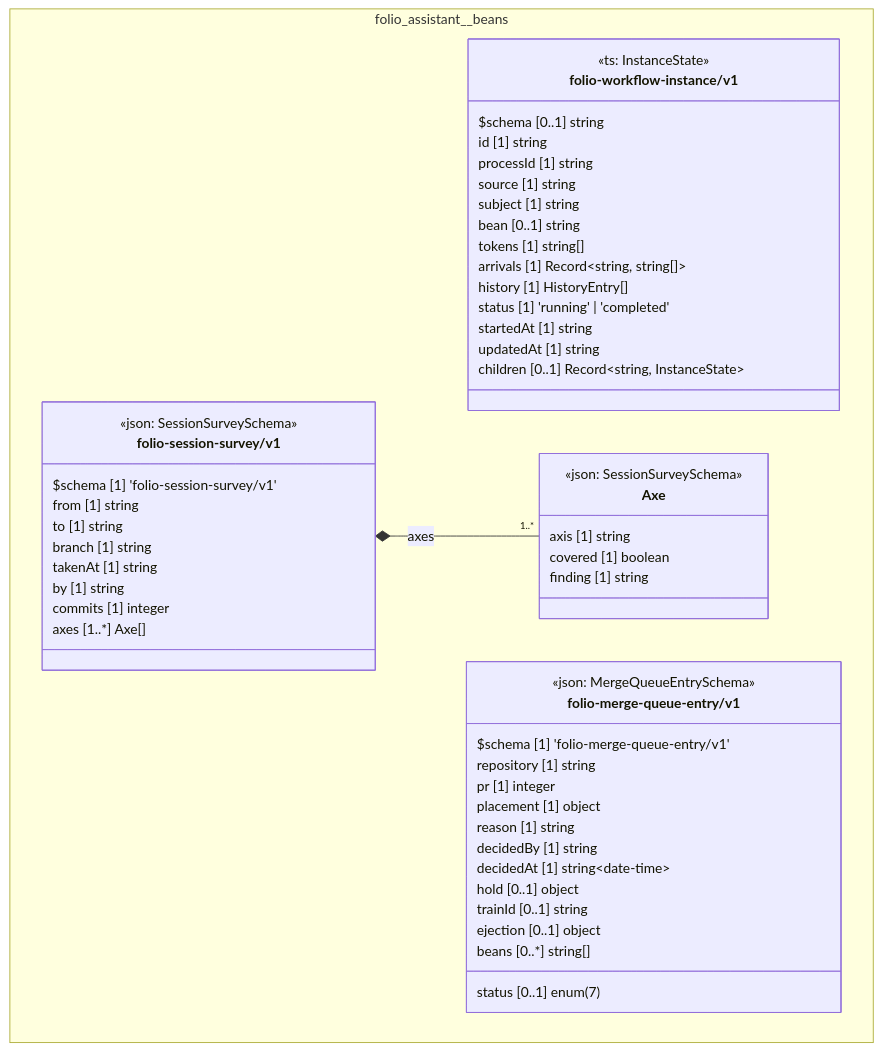
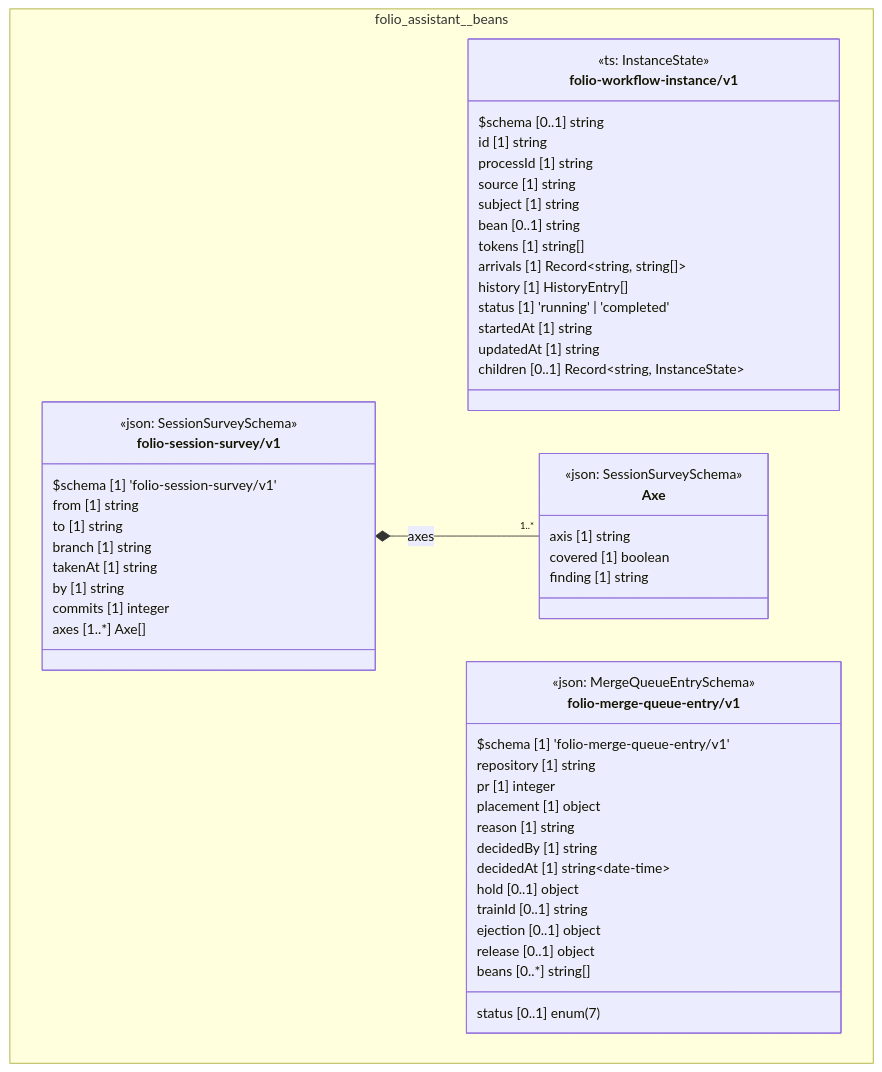
The diagram in cat-harness/uml/overview/folio-assistant/beans.mmd (litlfred/folio-assistant), drawn with Mermaid before and after one commit. The commit also changed 27 other files, not shown here.

```diff
--- a/cat-harness/uml/overview/folio-assistant/beans.mmd
+++ b/cat-harness/uml/overview/folio-assistant/beans.mmd
@@ -1,57 +1,58 @@
 classDiagram
   direction TB
   namespace folio_assistant__beans {
     class folio_assistant_beans_folio_workflow_instance_v1["folio-workflow-instance/v1"] {
       <<ts: InstanceState>>
       $schema [0..1] string
       id [1] string
       processId [1] string
       source [1] string
       subject [1] string
       bean [0..1] string
       tokens [1] string[]
       arrivals [1] Record~string, string[]~
       history [1] HistoryEntry[]
       status [1] 'running' | 'completed'
       startedAt [1] string
       updatedAt [1] string
       children [0..1] Record~string, InstanceState~
     }
     class folio_assistant_beans_folio_session_survey_v1_Axe["Axe"] {
       <<json: SessionSurveySchema>>
       axis [1] string
       covered [1] boolean
       finding [1] string
     }
     class folio_assistant_beans_folio_session_survey_v1_folio_session_survey_v1["folio-session-survey/v1"] {
       <<json: SessionSurveySchema>>
       $schema [1] 'folio-session-survey/v1'
       from [1] string
       to [1] string
       branch [1] string
       takenAt [1] string
       by [1] string
       commits [1] integer
       axes [1..*] Axe[]
     }
     class folio_assistant_beans_folio_merge_queue_entry_v1_folio_merge_queue_entry_v1["folio-merge-queue-entry/v1"] {
       <<json: MergeQueueEntrySchema>>
       $schema [1] 'folio-merge-queue-entry/v1'
       repository [1] string
       pr [1] integer
       placement [1] object
       reason [1] string
       decidedBy [1] string
       decidedAt [1] string~date-time~
       hold [0..1] object
       trainId [0..1] string
       ejection [0..1] object
+      release [0..1] object
       status [0..1] enum(7)
       beans [0..*] string[]
     }
   }
   folio_assistant_beans_folio_session_survey_v1_folio_session_survey_v1 *-- "1..*" folio_assistant_beans_folio_session_survey_v1_Axe : axes
   cssClass "folio_assistant_beans_folio_workflow_instance_v1" fa_uml_kind_beans
   cssClass "folio_assistant_beans_folio_session_survey_v1_Axe" fa_uml_kind_beans
   cssClass "folio_assistant_beans_folio_session_survey_v1_folio_session_survey_v1" fa_uml_kind_beans
   cssClass "folio_assistant_beans_folio_merge_queue_entry_v1_folio_merge_queue_entry_v1" fa_uml_kind_beans
```
